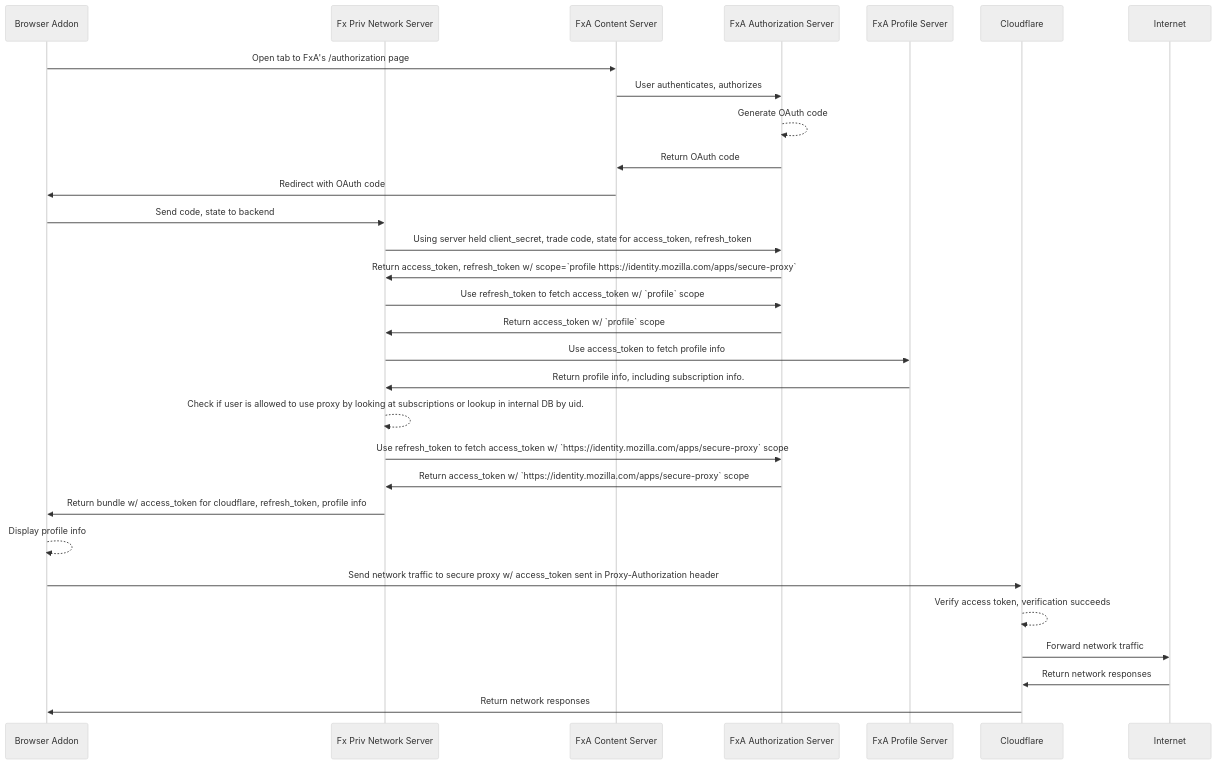
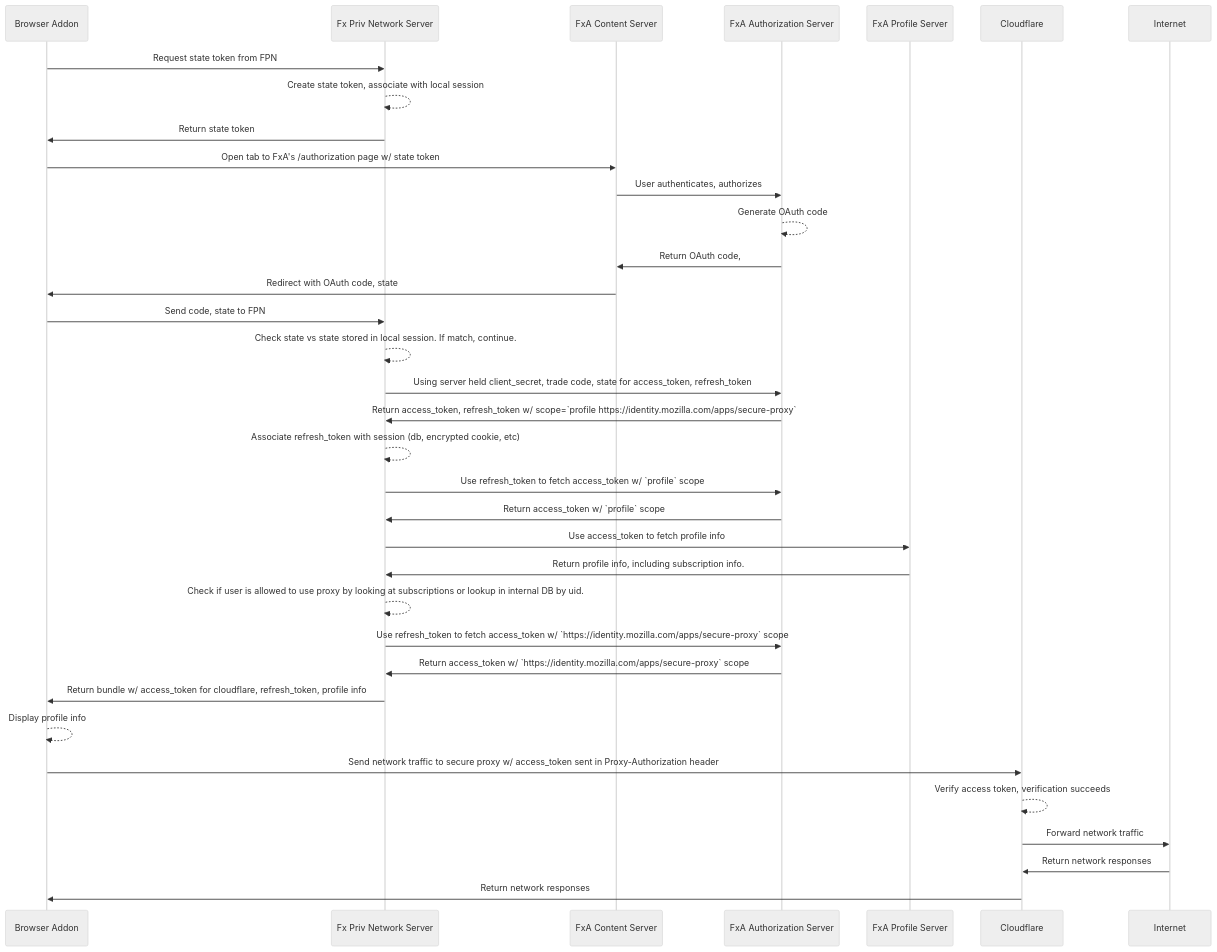
The diagram in charts/secure-proxy/secure-proxy-signin-with-backend-server.mmd (shane-tomlinson/mermaid-charts), drawn with Mermaid (neutral theme) before and after one commit. The commit also changed 3 other files, not shown here.

Commit message:
Update secure proxy diagrams to have backend generate state token, associate with session

```diff
--- a/charts/secure-proxy/secure-proxy-signin-with-backend-server.mmd
+++ b/charts/secure-proxy/secure-proxy-signin-with-backend-server.mmd
@@ -1,31 +1,36 @@
 sequenceDiagram
 participant UA as Browser Addon
 participant FPN as Fx Priv Network Server
 participant FxA as FxA Content Server
 participant FxAA as FxA Authorization Server
 participant FxAP as FxA Profile Server
 participant CF as Cloudflare
 participant IN as Internet
 
-UA->>FxA: Open tab to FxA's /authorization page
+UA->>FPN: Request state token from FPN
+FPN-->>FPN: Create state token, associate with local session
+FPN->>UA: Return state token
+UA->>FxA: Open tab to FxA's /authorization page w/ state token
 FxA->>FxAA: User authenticates, authorizes
 FxAA-->>FxAA: Generate OAuth code
-FxAA->>FxA: Return OAuth code
-FxA->>UA: Redirect with OAuth code
-UA->>FPN: Send code, state to backend
+FxAA->>FxA: Return OAuth code,
+FxA->>UA: Redirect with OAuth code, state
+UA->>FPN: Send code, state to FPN
+FPN-->>FPN: Check state vs state stored in local session. If match, continue.
 FPN->>FxAA: Using server held client_secret, trade code, state for access_token, refresh_token
 FxAA->>FPN: Return access_token, refresh_token w/ scope=`profile https://identity.mozilla.com/apps/secure-proxy`
+FPN-->>FPN: Associate refresh_token with session (db, encrypted cookie, etc)
 FPN->>FxAA: Use refresh_token to fetch access_token w/ `profile` scope
 FxAA->>FPN: Return access_token w/ `profile` scope
 FPN->>FxAP: Use access_token to fetch profile info
 FxAP->>FPN: Return profile info, including subscription info.
 FPN-->>FPN: Check if user is allowed to use proxy by looking at subscriptions or lookup in internal DB by uid.
 FPN->>FxAA: Use refresh_token to fetch access_token w/ `https://identity.mozilla.com/apps/secure-proxy` scope
 FxAA->>FPN: Return access_token w/ `https://identity.mozilla.com/apps/secure-proxy` scope
 FPN->>UA: Return bundle w/ access_token for cloudflare, refresh_token, profile info
 UA-->>UA: Display profile info
 UA->>CF: Send network traffic to secure proxy w/ access_token sent in Proxy-Authorization header
 CF-->>CF: Verify access token, verification succeeds
 CF->>IN: Forward network traffic
 IN->>CF: Return network responses
 CF->>UA: Return network responses
```
